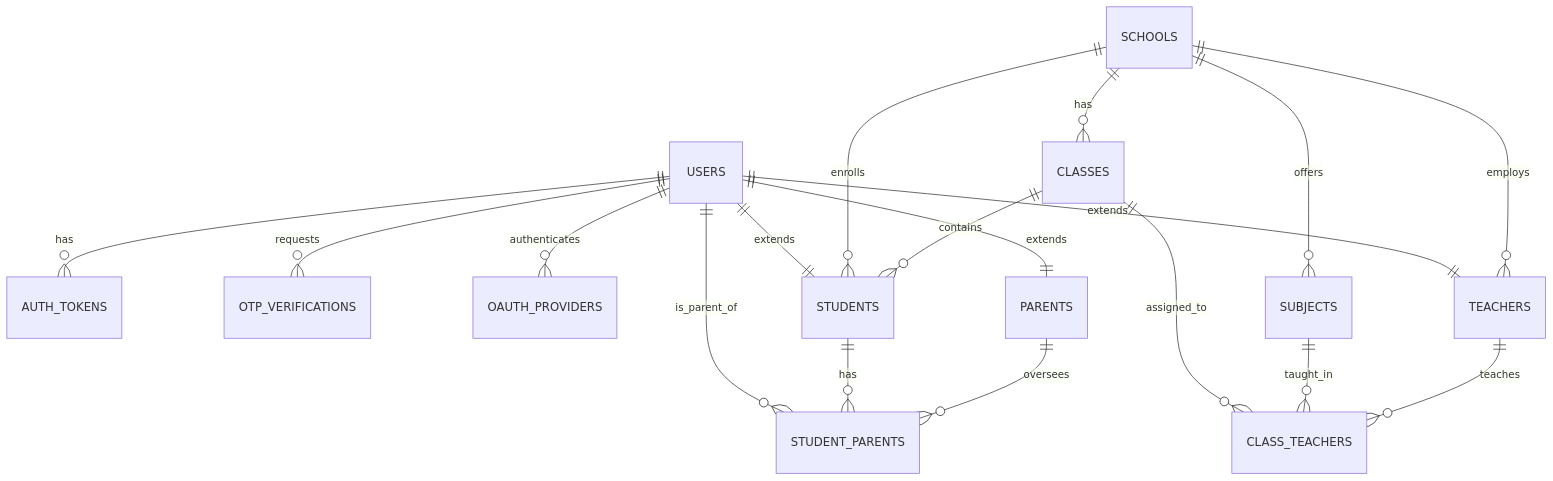
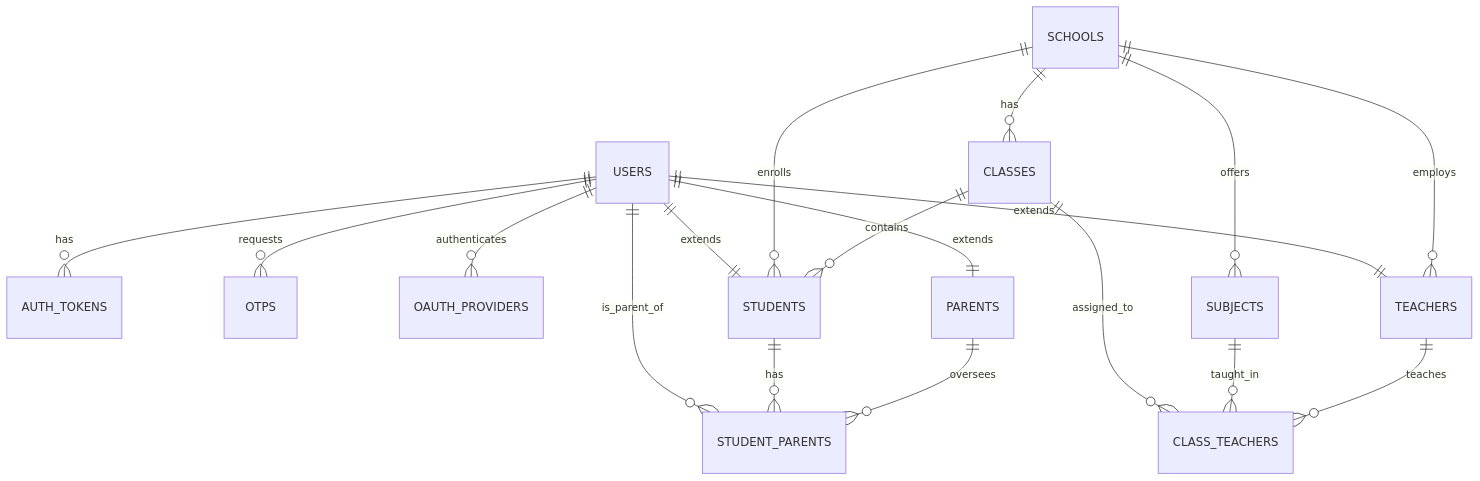
One commit to aprianimmanuel/rangkaiedu-backend-app changed the diagram in docs/database-design.md. Above: the diagram before and after it, drawn with Mermaid. The commit also changed other lines of this file and 44 other files, not shown here.

````diff
--- a/docs/database-design.md
+++ b/docs/database-design.md
@@ -212,26 +211,26 @@
 ```mermaid
 erDiagram
     USERS ||--o{ AUTH_TOKENS : has
-    USERS ||--o{ OTP_VERIFICATIONS : requests
+    USERS ||--o{ OTPS : requests
     USERS ||--o{ OAUTH_PROVIDERS : authenticates
     USERS ||--|| TEACHERS : extends
     USERS ||--|| STUDENTS : extends
     USERS ||--|| PARENTS : extends
     USERS ||--o{ STUDENT_PARENTS : is_parent_of
     
     SCHOOLS ||--o{ CLASSES : has
     SCHOOLS ||--o{ SUBJECTS : offers
     SCHOOLS ||--o{ TEACHERS : employs
     SCHOOLS ||--o{ STUDENTS : enrolls
     
     CLASSES ||--o{ STUDENTS : contains
     CLASSES ||--o{ CLASS_TEACHERS : assigned_to
     
     SUBJECTS ||--o{ CLASS_TEACHERS : taught_in
     
     TEACHERS ||--o{ CLASS_TEACHERS : teaches
     
     STUDENTS ||--o{ STUDENT_PARENTS : has
     
     PARENTS ||--o{ STUDENT_PARENTS : oversees
 ```
````
